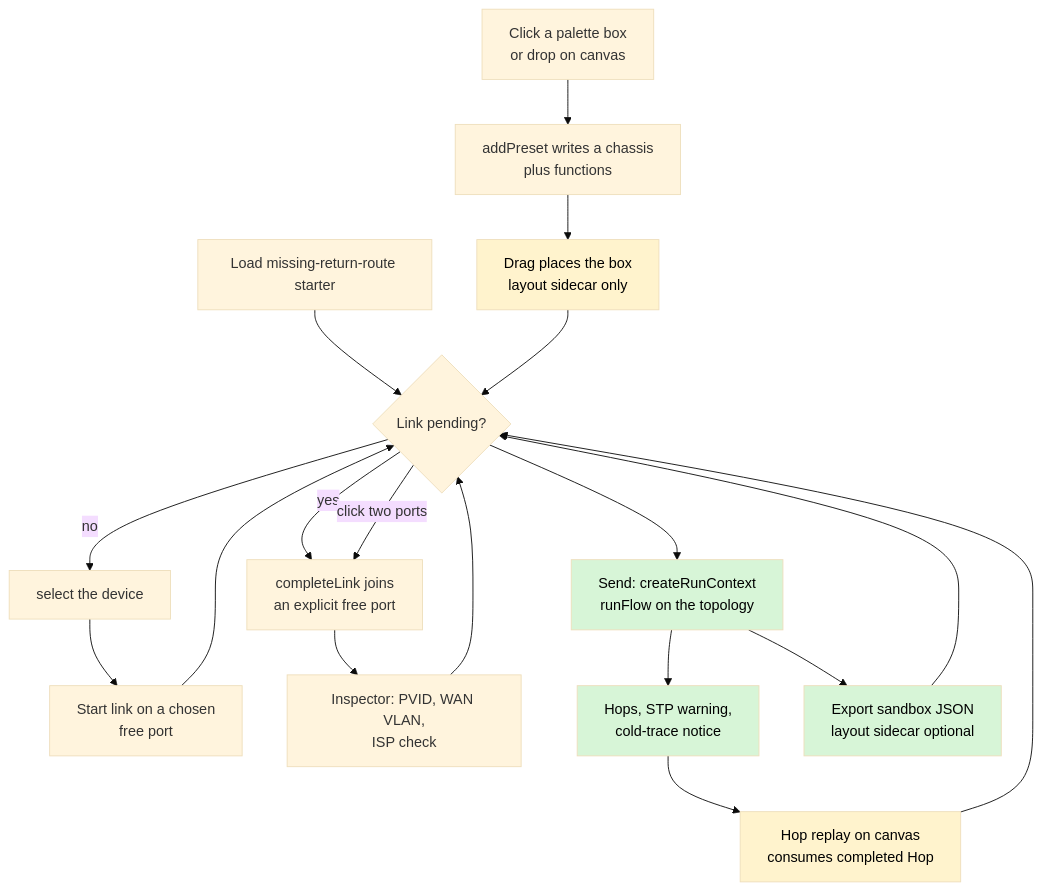
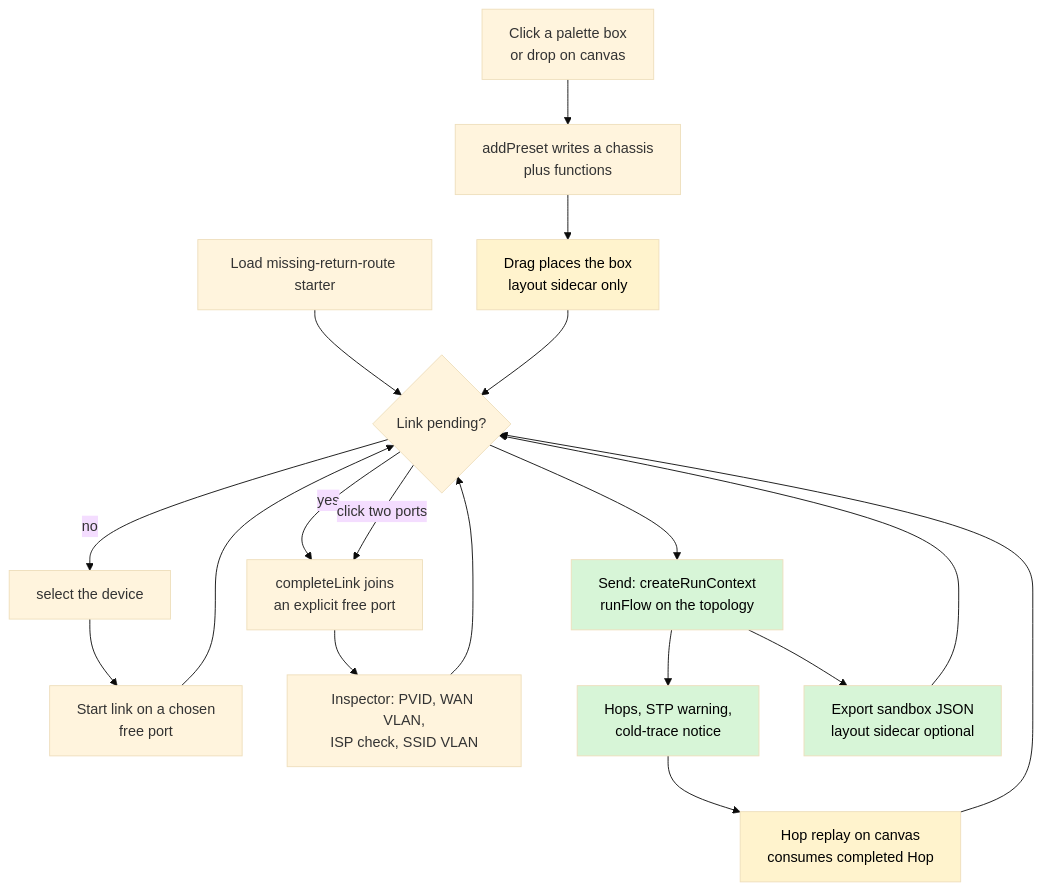
One commit to alanfong93/network-sandbox changed the third of 4 diagrams in docs/system_flow.md. Above: the diagram before and after it, drawn with Mermaid (base theme). The commit also changed 6 other files, not shown here.

Commit message:
feat: inspector editor for AP SSID and VLAN mapping (#152) (#155)

````diff
--- a/docs/system_flow.md
+++ b/docs/system_flow.md
@@ -152,25 +152,25 @@
 ```mermaid
 flowchart TD
     PA[Click a palette box<br>or drop on canvas] --> AP[addPreset writes a chassis<br>plus functions]
     STT[Load missing-return-route starter] --> SE
     AP --> DR[Drag places the box<br>layout sidecar only]
     DR --> SE{Link pending?}
     SE -->|yes| CL[completeLink joins<br>an explicit free port]
     SE -->|click two ports| CL
     SE -->|no| SL[select the device]
     SL --> ST[Start link on a chosen<br>free port]
     ST --> SE
-    CL --> IN[Inspector: PVID, WAN VLAN,<br>ISP check]
+    CL --> IN[Inspector: PVID, WAN VLAN,<br>ISP check, SSID VLAN]
     IN --> SE
     SE --> SD[Send: createRunContext<br>runFlow on the topology]
     SD --> HO[Hops, STP warning,<br>cold-trace notice]
     HO --> RP[Hop replay on canvas<br>consumes completed Hop]
     RP --> SE
     SD --> EX[Export sandbox JSON<br>layout sidecar optional]
     EX --> SE
     style SD fill:#d7f5d7,color:#000
     style HO fill:#d7f5d7,color:#000
     style EX fill:#d7f5d7,color:#000
     style RP fill:#fff3cd,color:#000
     style DR fill:#fff3cd,color:#000
 ```
````
